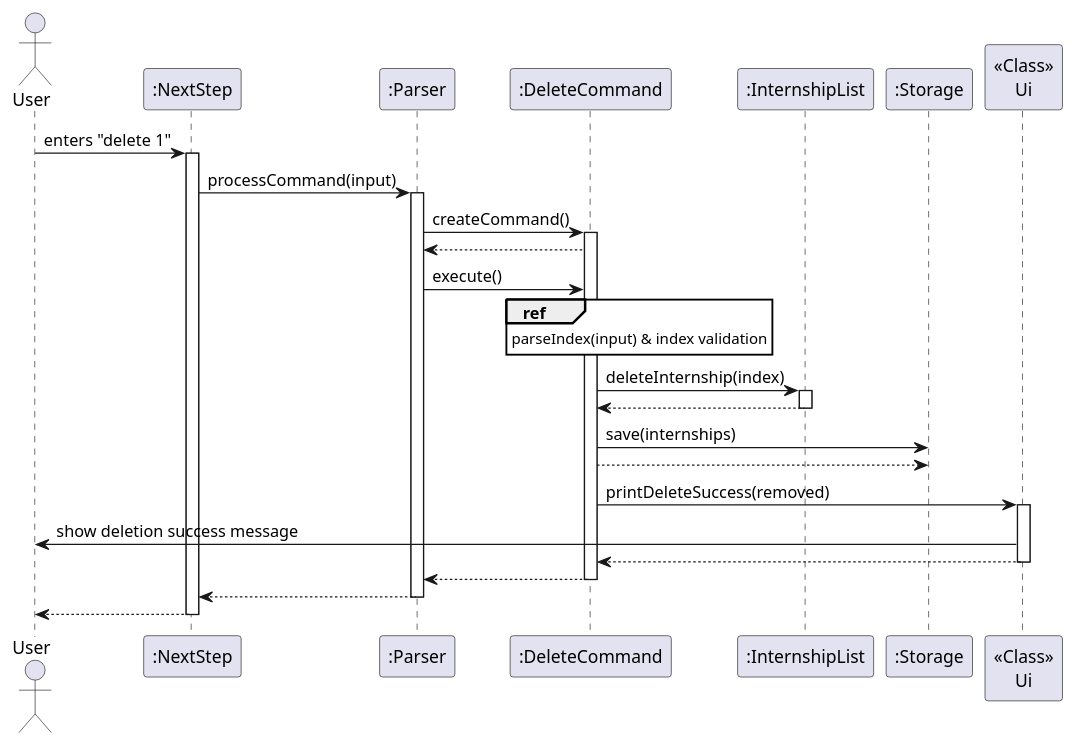
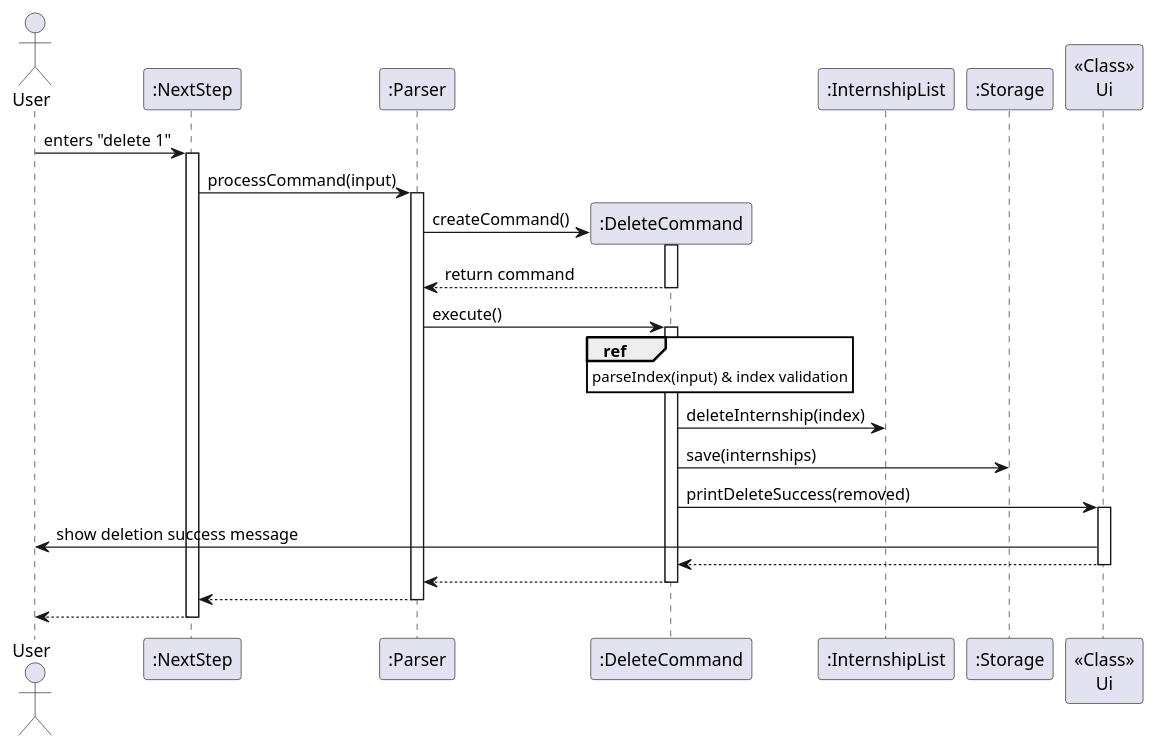
One commit to xyanjun02/tp changed the diagram in docs/diagrams/deleteCommandSequence.puml. Above: the diagram before and after it, drawn with PlantUML. The commit also changed 16 other files, not shown here.

```diff
--- a/docs/diagrams/deleteCommandSequence.puml
+++ b/docs/diagrams/deleteCommandSequence.puml
@@ -1,52 +1,49 @@
 @startuml
 actor User
 participant ":NextStep" as NextStep
 participant ":Parser" as Parser
 participant ":DeleteCommand" as DeleteCommand
 participant ":InternshipList" as InternshipList
 participant ":Storage" as Storage
 participant "<<Class>>\nUi" as Ui
 skinparam sequenceReferenceBackgroundColor white
 
 User -> NextStep : enters "delete 1"
 activate NextStep
 
 NextStep -> Parser : processCommand(input)
 activate Parser
 
-' Create the DeleteCommand and keep one activation bar for it
+create DeleteCommand
 Parser -> DeleteCommand : createCommand()
 activate DeleteCommand
-DeleteCommand --> Parser
+DeleteCommand --> Parser : return command
+deactivate DeleteCommand
 
-' Continue execution on the same activation bar
 Parser -> DeleteCommand : execute()
-' (No additional activate call here; DeleteCommand remains active)
+activate DeleteCommand
 
 ref over DeleteCommand
   parseIndex(input) & index validation
 end ref
 
 DeleteCommand -> InternshipList : deleteInternship(index)
-activate InternshipList
-InternshipList --> DeleteCommand
-deactivate InternshipList
+
 
 DeleteCommand -> Storage : save(internships)
-DeleteCommand --> Storage
 
 DeleteCommand -> Ui : printDeleteSuccess(removed)
 activate Ui
 Ui -> User : show deletion success message
 Ui --> DeleteCommand
 deactivate Ui
 
 DeleteCommand --> Parser
 deactivate DeleteCommand
 
 Parser --> NextStep
 deactivate Parser
 
 NextStep --> User
 deactivate NextStep
 @enduml
```
